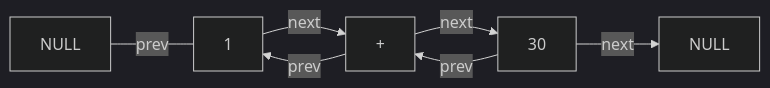
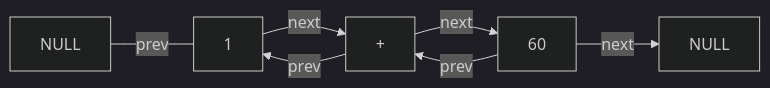
Before and after one commit to yonisimian/c-calculator: the second of 3 diagrams in README.md, drawn with Mermaid (dark theme). The commit also changed other lines of this file and 1 other file, not shown here.

````diff
--- a/README.md
+++ b/README.md
@@ -85,9 +85,9 @@
 ```mermaid
 graph LR
 Q[NULL]--prev---A[1]
 A--next-->B[+]
 B--prev-->A
-B--next-->C[30]
+B--next-->C[60]
 C--prev-->B
 C--next-->W[NULL]
 ```
````
